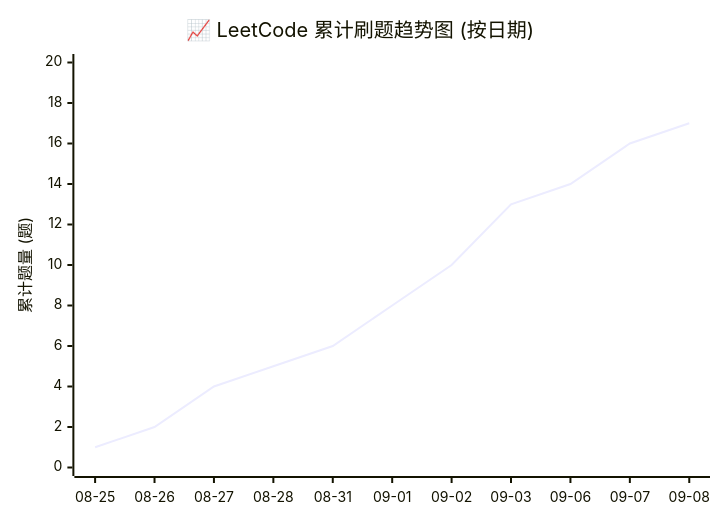
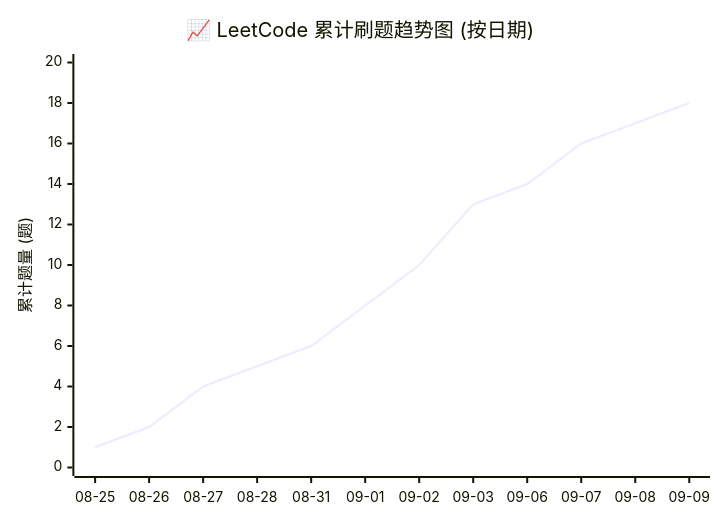
The diagram in README.md (hexinbyte/LeetCode-Journey), drawn with Mermaid before and after one commit. The commit also changed other lines of this file and 2 other files, not shown here.

````diff
--- a/README.md
+++ b/README.md
@@ -16,7 +16,7 @@
 ```mermaid
 xychart-beta
     title "📈 LeetCode 累计刷题趋势图 (按日期)"
-    x-axis ["08-25", "08-26", "08-27", "08-28", "08-31", "09-01", "09-02", "09-03", "09-06", "09-07", "09-08"]
+    x-axis ["08-25", "08-26", "08-27", "08-28", "08-31", "09-01", "09-02", "09-03", "09-06", "09-07", "09-08", "09-09"]
     y-axis "累计题量 (题)" 0 --> 20
-    line [1, 2, 4, 5, 6, 8, 10, 13, 14, 16, 17]
+    line [1, 2, 4, 5, 6, 8, 10, 13, 14, 16, 17, 18]
 ```
````
